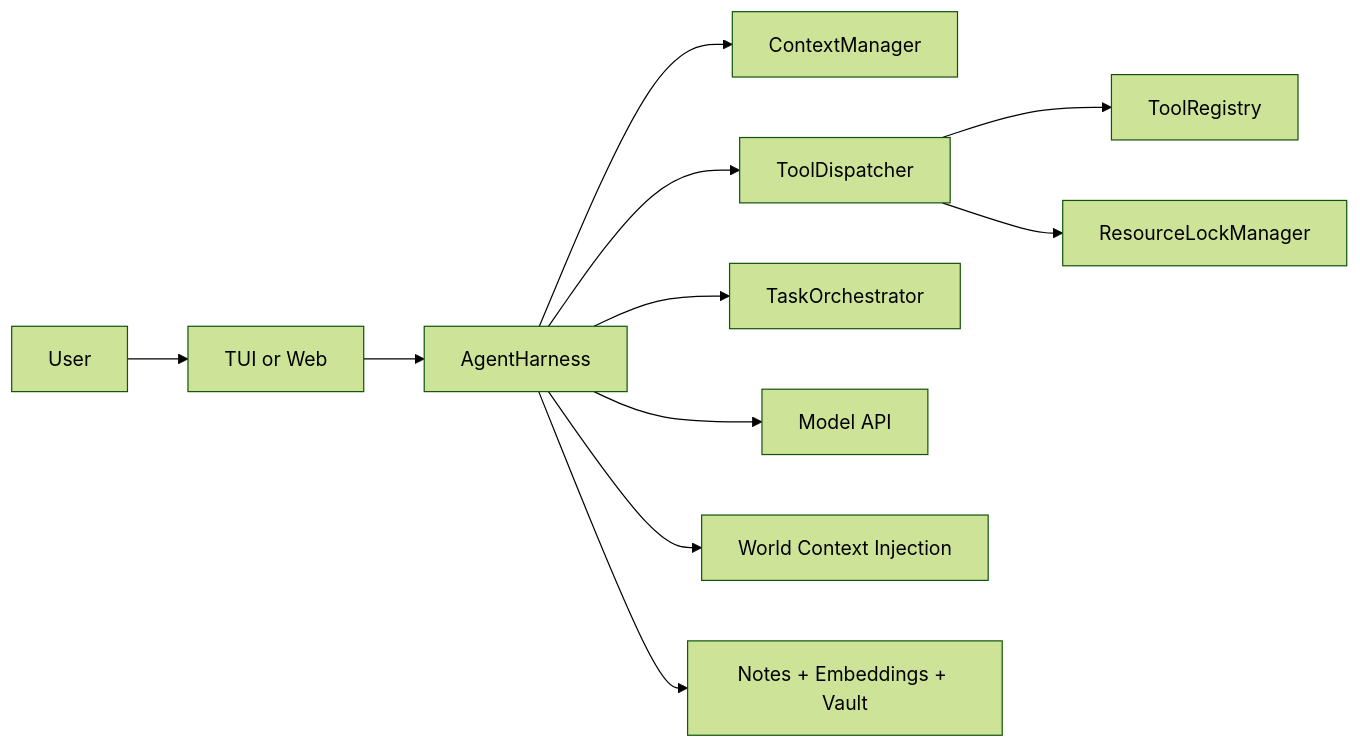
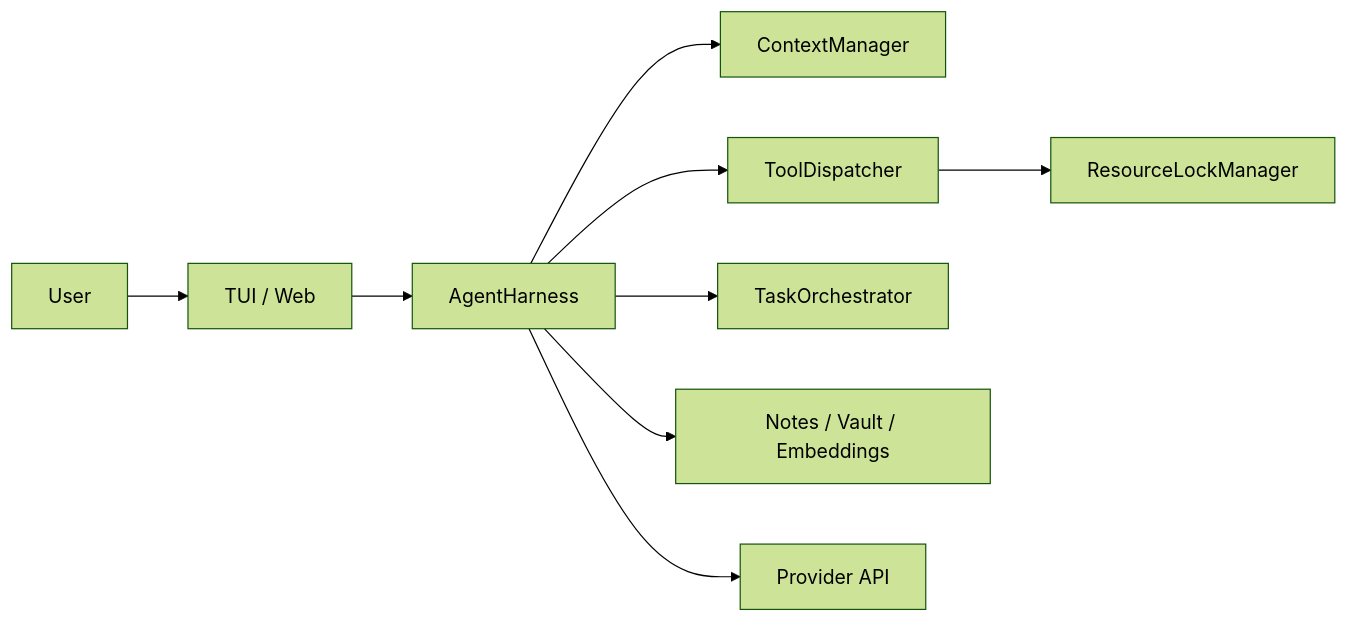
The diagram in README.md (traidy2222/liminal-ai), drawn with Mermaid (forest theme) before and after one commit. The commit also changed other lines of this file, not shown here.

````diff
--- a/README.md
+++ b/README.md
@@ -129,13 +27,11 @@
 ```mermaid
 flowchart LR
-  User --> UI[TUI or Web]
+  User --> UI[TUI / Web]
   UI --> Harness[AgentHarness]
   Harness --> Context[ContextManager]
   Harness --> Dispatcher[ToolDispatcher]
-  Dispatcher --> Registry[ToolRegistry]
   Dispatcher --> Locks[ResourceLockManager]
   Harness --> Orchestrator[TaskOrchestrator]
-  Harness --> LLM[Model API]
-  Harness --> WorldContext[World Context Injection]
-  Harness --> Memory[Notes + Embeddings + Vault]
+  Harness --> Memory[Notes / Vault / Embeddings]
+  Harness --> LLM[Provider API]
 ```
````
